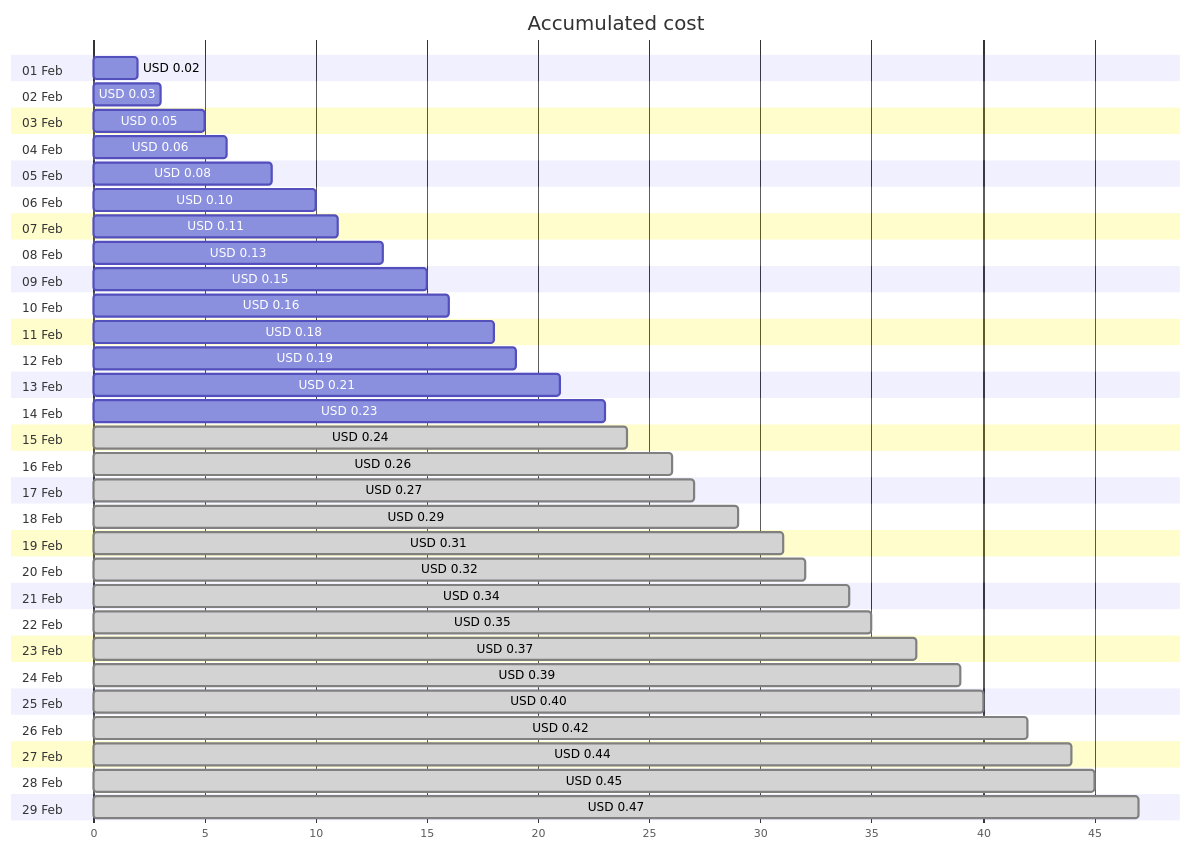
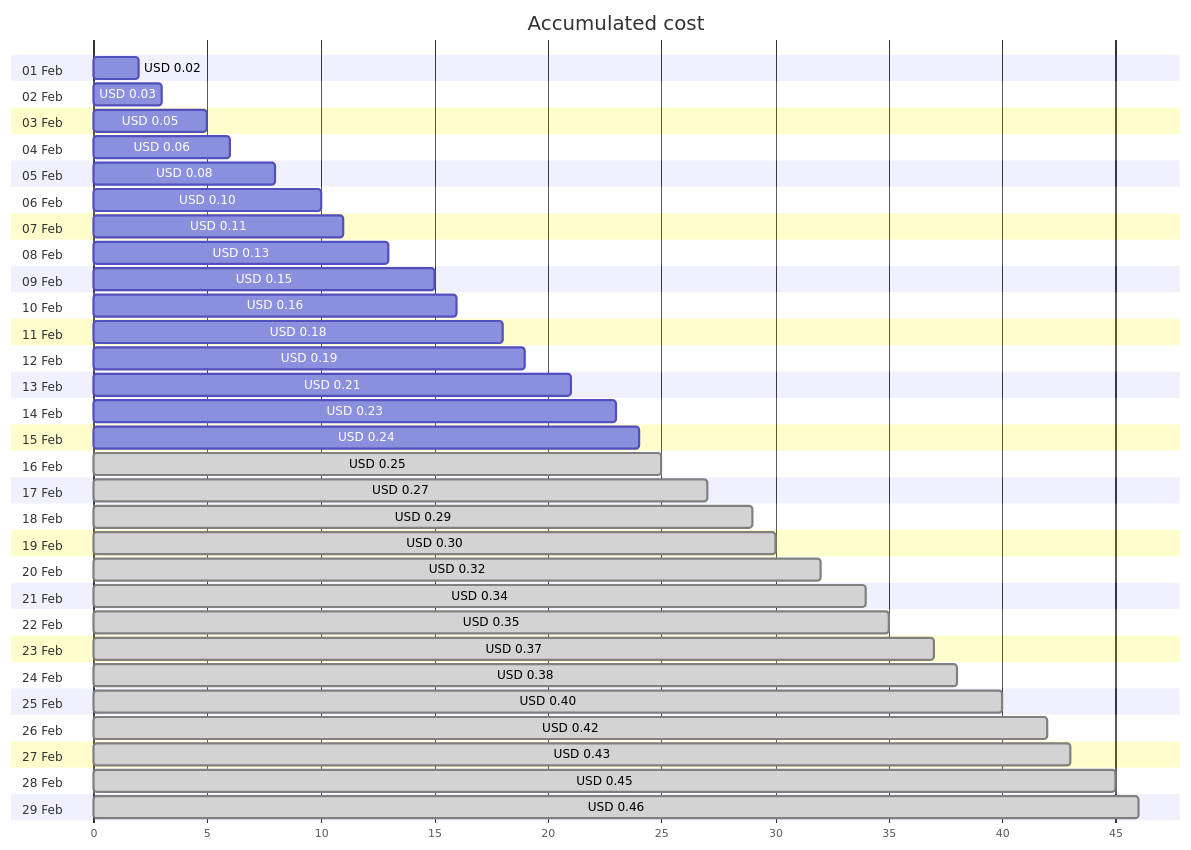
One commit to jpfulton/azure-personal-reports changed the first of 4 diagrams in cost-reports/personal-network/private.jpatrickfulton.com.md. Above: the diagram before and after it, drawn with Mermaid. The commit also changed other lines of this file and 8 other files, not shown here.

````diff
--- a/cost-reports/personal-network/private.jpatrickfulton.com.md
+++ b/cost-reports/personal-network/private.jpatrickfulton.com.md
@@ -20,64 +20,64 @@
 ```mermaid
 gantt
    title Accumulated cost
    dateFormat  X
    axisFormat %s
    section 01 Feb
    USD 0.02 :0, 2
    section 02 Feb
    USD 0.03 :0, 3
    section 03 Feb
    USD 0.05 :0, 5
    section 04 Feb
    USD 0.06 :0, 6
    section 05 Feb
    USD 0.08 :0, 8
    section 06 Feb
    USD 0.10 :0, 10
    section 07 Feb
    USD 0.11 :0, 11
    section 08 Feb
    USD 0.13 :0, 13
    section 09 Feb
    USD 0.15 :0, 15
    section 10 Feb
    USD 0.16 :0, 16
    section 11 Feb
    USD 0.18 :0, 18
    section 12 Feb
    USD 0.19 :0, 19
    section 13 Feb
    USD 0.21 :0, 21
    section 14 Feb
    USD 0.23 :0, 23
    section 15 Feb
-   USD 0.24 : done, 0, 24
+   USD 0.24 :0, 24
    section 16 Feb
-   USD 0.26 : done, 0, 26
+   USD 0.25 : done, 0, 25
    section 17 Feb
    USD 0.27 : done, 0, 27
    section 18 Feb
    USD 0.29 : done, 0, 29
    section 19 Feb
-   USD 0.31 : done, 0, 31
+   USD 0.30 : done, 0, 30
    section 20 Feb
    USD 0.32 : done, 0, 32
    section 21 Feb
    USD 0.34 : done, 0, 34
    section 22 Feb
    USD 0.35 : done, 0, 35
    section 23 Feb
    USD 0.37 : done, 0, 37
    section 24 Feb
-   USD 0.39 : done, 0, 39
+   USD 0.38 : done, 0, 38
    section 25 Feb
    USD 0.40 : done, 0, 40
    section 26 Feb
    USD 0.42 : done, 0, 42
    section 27 Feb
-   USD 0.44 : done, 0, 44
+   USD 0.43 : done, 0, 43
    section 28 Feb
    USD 0.45 : done, 0, 45
    section 29 Feb
-   USD 0.47 : done, 0, 47
+   USD 0.46 : done, 0, 46
 ```
````
